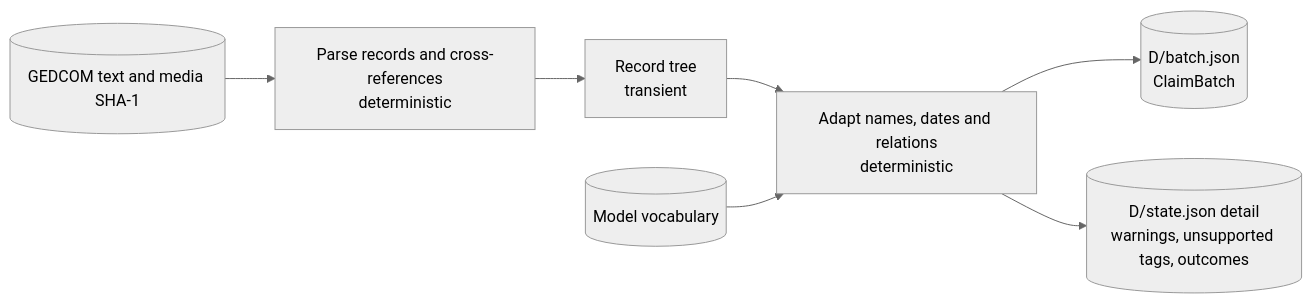
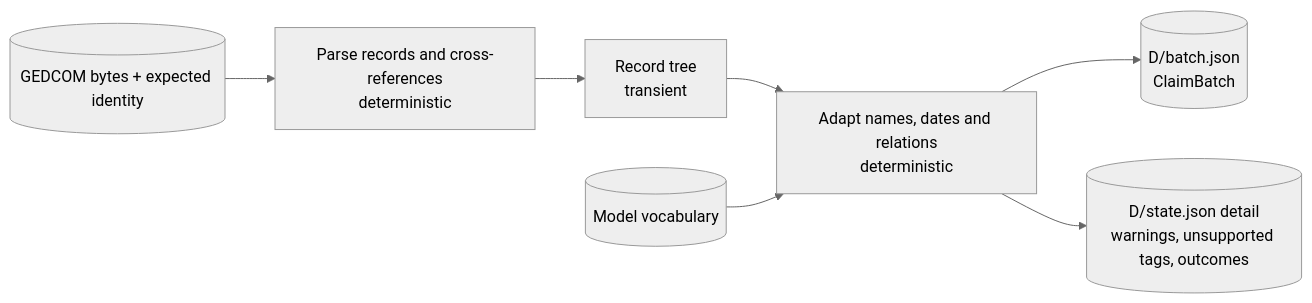
The fifth of 12 diagrams in docs/SCRATCH_WORKFLOW.md (WillHirsch/yizkr), drawn with Mermaid (neutral theme) before and after one commit. The commit also changed other lines of this file and 19 other files, not shown here.

First line of the commit message:
Move deterministic GEDCOM derivation onto shared stages (#742)

````diff
--- a/docs/SCRATCH_WORKFLOW.md
+++ b/docs/SCRATCH_WORKFLOW.md
@@ -177,9 +177,9 @@
 ```mermaid
 flowchart LR
-    source[("GEDCOM text and media SHA-1")] --> parse["Parse records and cross-references<br/>deterministic"]
+    source[("GEDCOM bytes + expected identity")] --> parse["Parse records and cross-references<br/>deterministic"]
     parse --> records["Record tree<br/>transient"]
     records --> adapt["Adapt names, dates and relations<br/>deterministic"]
     vocabulary[("Model vocabulary")] --> adapt
     adapt --> batch[("D/batch.json<br/>ClaimBatch")]
     adapt --> diagnostics[("D/state.json detail<br/>warnings, unsupported tags, outcomes")]
 ```
````
